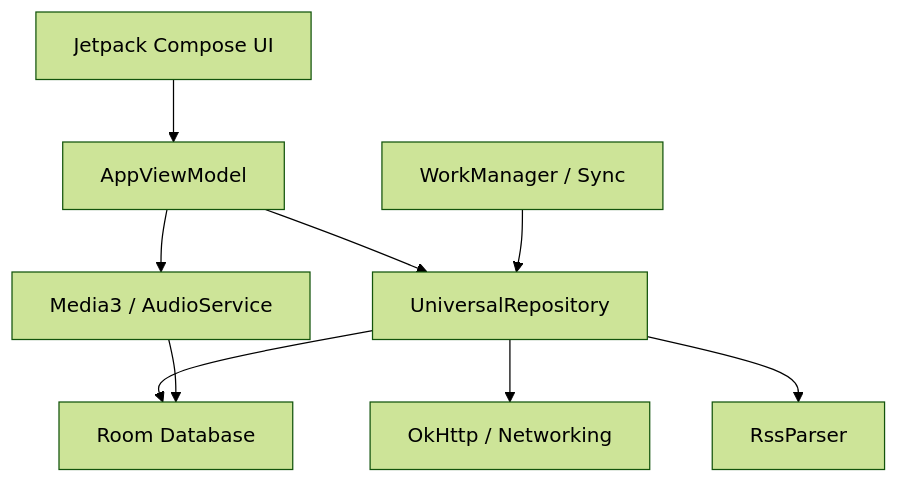
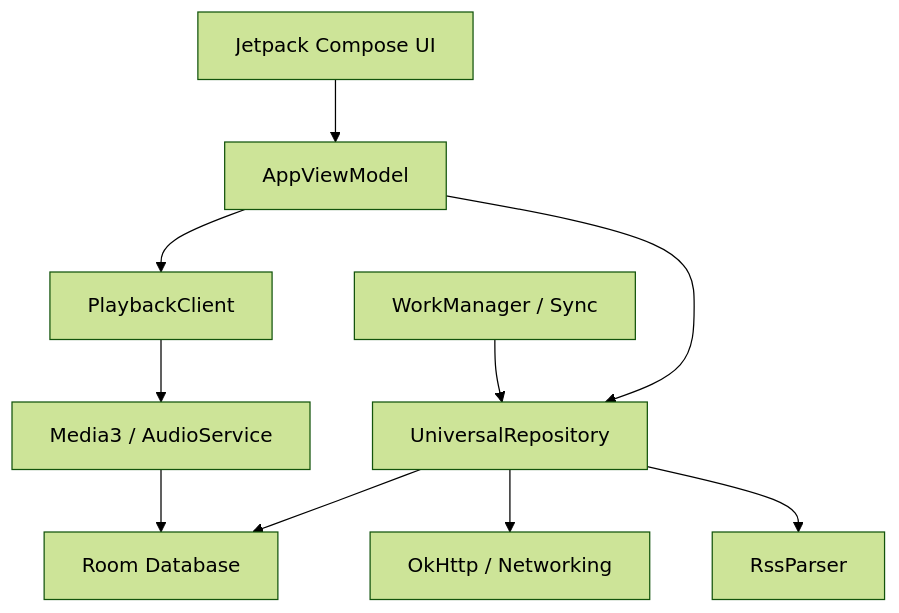
The diagram in ARCHITECTURE.md (criticalinsight/Alakey_Android11), drawn with Mermaid (forest theme) before and after one commit. The commit also changed other lines of this file and 18 other files, not shown here.

````diff
--- a/ARCHITECTURE.md
+++ b/ARCHITECTURE.md
@@ -6,11 +6,12 @@
 ```mermaid
 graph TD
     UI[Jetpack Compose UI] --> VM[AppViewModel]
+    VM --> PC[PlaybackClient]
+    PC --> Media3[Media3 / AudioService]
     VM --> Repo[UniversalRepository]
     Repo --> Room[Room Database]
     Repo --> OkHttp[OkHttp / Networking]
     Repo --> Parser[RssParser]
-    VM --> Media3[Media3 / AudioService]
     Media3 --> Room
     Worker[WorkManager / Sync] --> Repo
 ```
````
